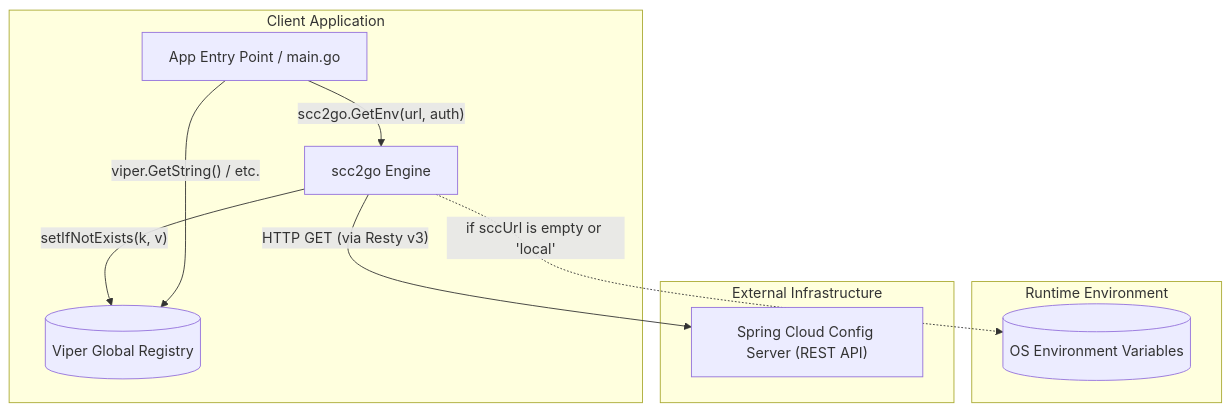
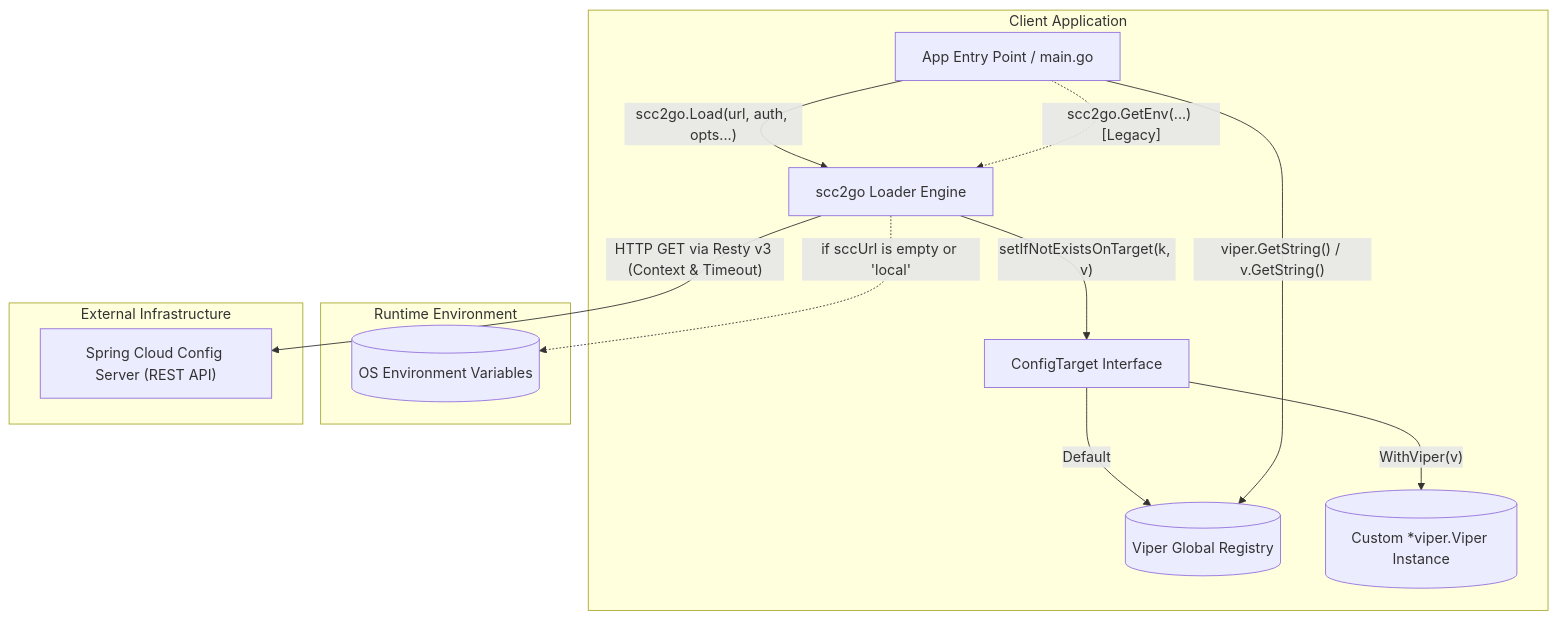
The diagram in ARCHITECTURE.md (KAnggara75/scc2go), drawn with Mermaid before and after one commit. The commit also changed other lines of this file and 2 other files, not shown here.

First line of the commit message:
docs: synchronize architecture, codebase map, and project context

````diff
--- a/ARCHITECTURE.md
+++ b/ARCHITECTURE.md
@@ -7,19 +7,22 @@
 ```mermaid
 graph TD
     subgraph Client Application
-        AppMain["App Entry Point / main.go"] -->|"scc2go.GetEnv(url, auth)"| SCC2GO["scc2go Engine"]
-        SCC2GO -->|"setIfNotExists(k, v)"| ViperReg[("Viper Global Registry")]
-        AppMain -->|"viper.GetString() / etc."| ViperReg
+        AppMain["App Entry Point / main.go"] -->|"scc2go.Load(url, auth, opts...)"| SCC2GO["scc2go Loader Engine"]
+        AppMain -.->|"scc2go.GetEnv(...) [Legacy]"| SCC2GO
+        SCC2GO -->|"setIfNotExistsOnTarget(k, v)"| Target["ConfigTarget Interface"]
+        Target -->|"Default"| ViperReg[("Viper Global Registry")]
+        Target -->|"WithViper(v)"| CustomViper[("Custom *viper.Viper Instance")]
+        AppMain -->|"viper.GetString() / v.GetString()"| ViperReg
     end
 
     subgraph Runtime Environment
         EnvVars[("OS Environment Variables")]
     end
 
     subgraph External Infrastructure
         SCCServer["Spring Cloud Config Server (REST API)"]
     end
 
     SCC2GO -.->|"if sccUrl is empty or 'local'"| EnvVars
-    SCC2GO -->|"HTTP GET (via Resty v3)"| SCCServer
+    SCC2GO -->|"HTTP GET via Resty v3 (Context & Timeout)"| SCCServer
 ```
````
